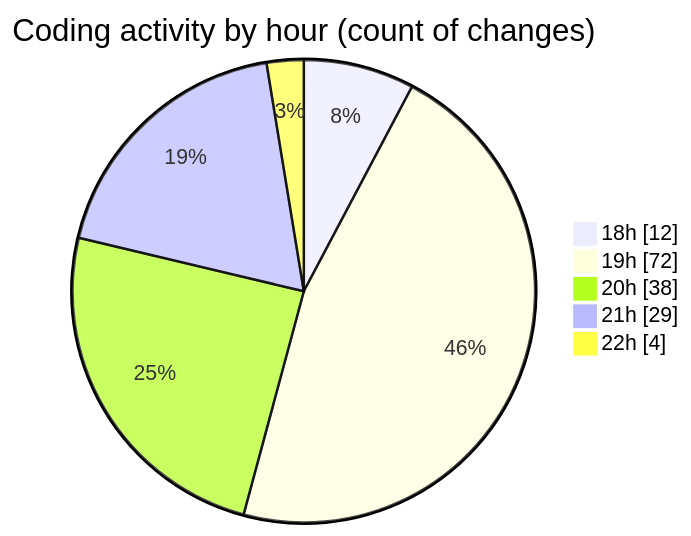
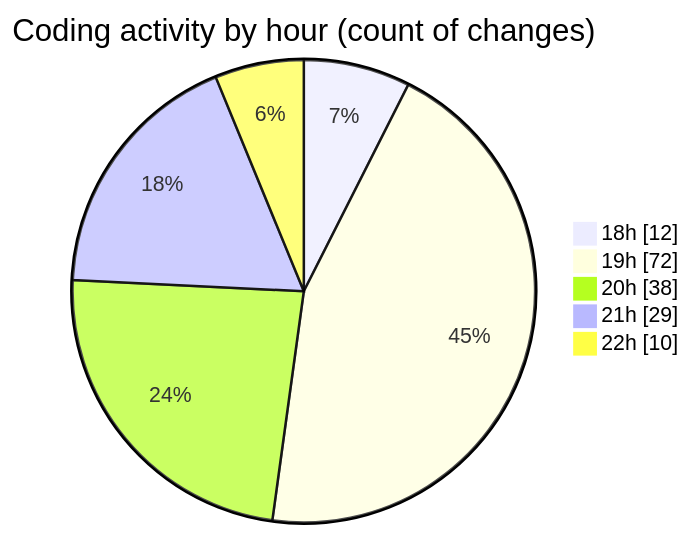
The second of 2 diagrams in 2025-03-14/myws__workspace_/README.md (MatusMokan/code-tracking), drawn with Mermaid before and after one commit. The commit also changed other lines of this file and 1 other file, not shown here.

````diff
--- a/2025-03-14/myws__workspace_/README.md
+++ b/2025-03-14/myws__workspace_/README.md
@@ -31,9 +31,9 @@
 ```mermaid
 pie showData
 title Coding activity by hour (count of changes)
 "18h" : 12
 "19h" : 72
 "20h" : 38
 "21h" : 29
-"22h" : 4
+"22h" : 10
 ```
````
